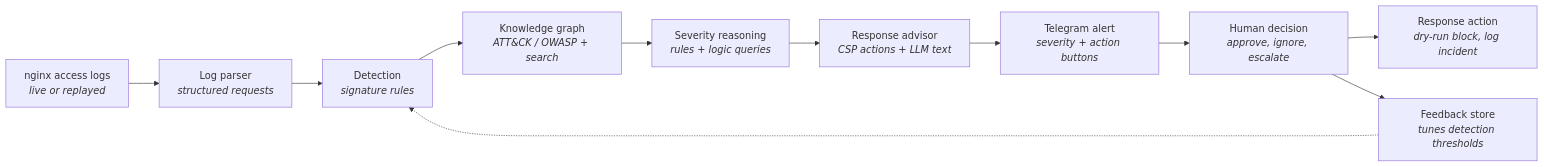
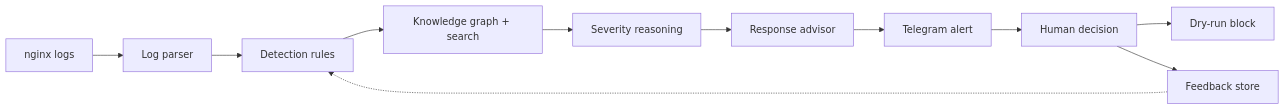
One commit to matylerb/The-IT-Stars-KDAI-Project changed the diagram in proposal/proposal.md. Above: the diagram before and after it, drawn with Mermaid. The commit also changed other lines of this file, not shown here.

````diff
--- a/proposal/proposal.md
+++ b/proposal/proposal.md
@@ -115,13 +47,7 @@
 ```mermaid
 flowchart LR
-    A["nginx access logs<br/><i>live or replayed</i>"] --> B["Log parser<br/><i>structured requests</i>"]
-    B --> C["Detection<br/><i>signature rules</i>"]
-    C --> D["Knowledge graph<br/><i>ATT&CK / OWASP + search</i>"]
-    D --> E["Severity reasoning<br/><i>rules + logic queries</i>"]
-    E --> F["Response advisor<br/><i>CSP actions + LLM text</i>"]
-    F --> G["Telegram alert<br/><i>severity + action buttons</i>"]
-    G --> H["Human decision<br/><i>approve, ignore, escalate</i>"]
-    H --> I["Response action<br/><i>dry-run block, log incident</i>"]
-    H --> J["Feedback store<br/><i>tunes detection thresholds</i>"]
+    A[nginx logs] --> B[Log parser] --> C[Detection rules] --> D[Knowledge graph + search] --> E[Severity reasoning] --> F[Response advisor] --> G[Telegram alert] --> H[Human decision]
+    H --> I[Dry-run block]
+    H --> J[Feedback store]
     J -.-> C
 ```
````
